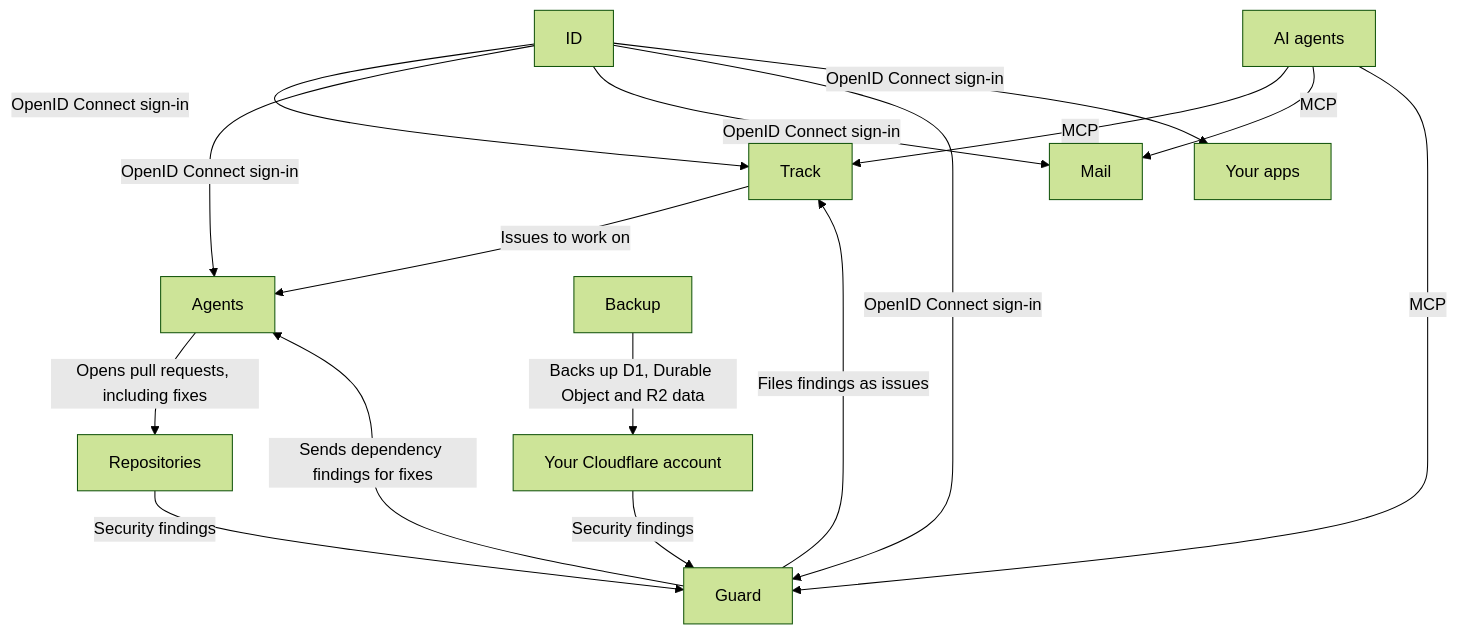
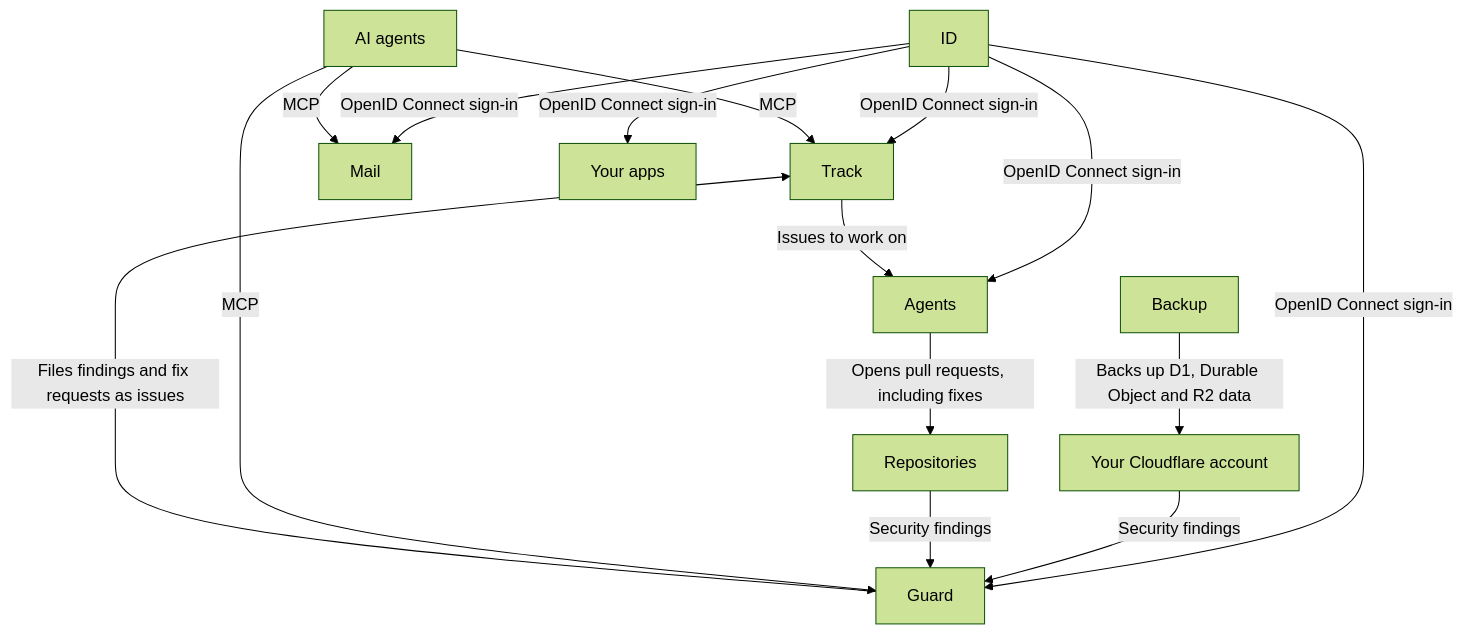
The diagram in src/content/docs/index.mdx (gateweavehq/docs), drawn with Mermaid (forest theme) before and after one commit. The commit also changed other lines of this file, not shown here.

First line of the commit message:
docs: send Guard's fix requests through Track on the landing diagram

````diff
--- a/src/content/docs/index.mdx
+++ b/src/content/docs/index.mdx
@@ -77,18 +77,17 @@
 ```mermaid
 flowchart TD
 	ID -- "OpenID Connect sign-in" --> Track
 	ID -- "OpenID Connect sign-in" --> Agents
 	ID -- "OpenID Connect sign-in" --> Mail
 	ID -- "OpenID Connect sign-in" --> Guard
 	ID -- "OpenID Connect sign-in" --> Apps["Your apps"]
 	Cloudflare["Your Cloudflare account"] -- "Security findings" --> Guard
 	Repositories -- "Security findings" --> Guard
-	Guard -- "Files findings as issues" --> Track
-	Guard -- "Sends dependency findings for fixes" --> Agents
+	Guard -- "Files findings and fix requests as issues" --> Track
 	Track -- "Issues to work on" --> Agents
 	Agents -- "Opens pull requests, including fixes" --> Repositories
 	AI["AI agents"] -- "MCP" --> Track
 	AI -- "MCP" --> Mail
 	AI -- "MCP" --> Guard
 	Backup -- "Backs up D1, Durable Object and R2 data" --> Cloudflare
 ```
````
